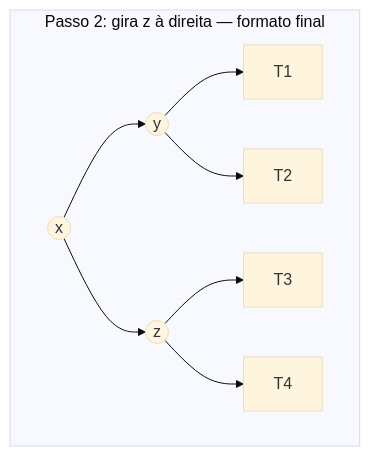
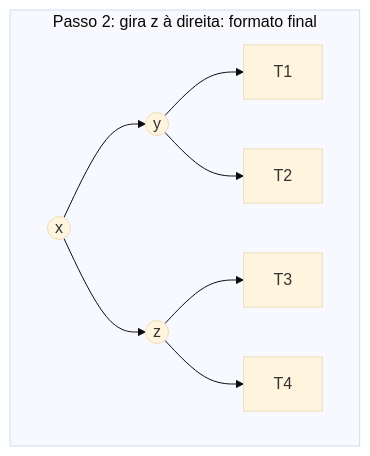
The seventh of 11 diagrams in backend/src/seed/data/curriculum/algorithms-software/data-structures-ii/content/avl-rotations/pt-BR.md (alexcastrodev/my-university), drawn with Mermaid (base theme) before and after one commit. The commit also changed other lines of this file and 18 other files, not shown here.

````diff
--- a/backend/src/seed/data/curriculum/algorithms-software/data-structures-ii/content/avl-rotations/pt-BR.md
+++ b/backend/src/seed/data/curriculum/algorithms-software/data-structures-ii/content/avl-rotations/pt-BR.md
@@ -133,11 +133,11 @@
 ```mermaid
 graph TD
-    subgraph "Passo 2: gira z à direita — formato final"
+    subgraph "Passo 2: gira z à direita: formato final"
         X7(("x")) --> Y7(("y"))
         X7 --> Z7(("z"))
         Y7 --> T1g["T1"]
         Y7 --> T2g["T2"]
         Z7 --> T3g["T3"]
         Z7 --> T4g["T4"]
     end
 ```
````
